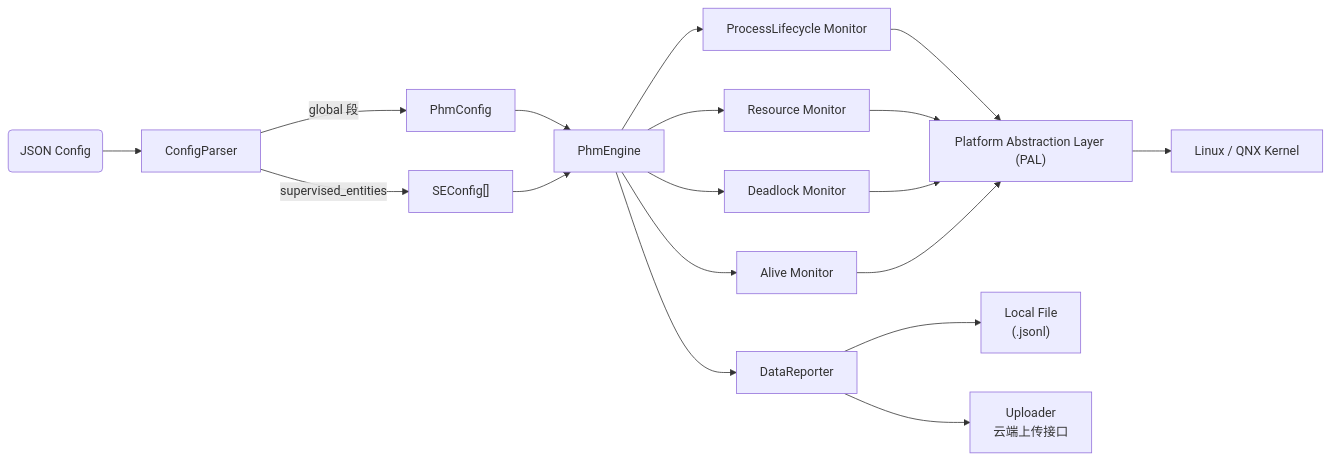
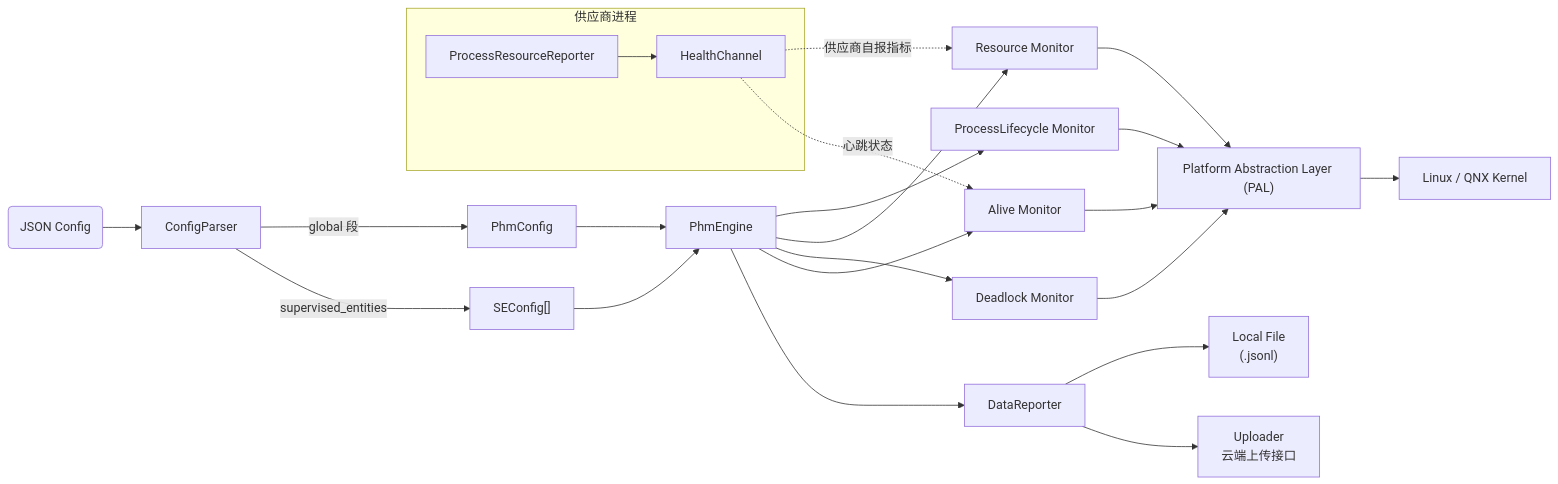
One commit to DustEater/phm changed the third of 7 diagrams in doc/spec.md. Above: the diagram before and after it, drawn with Mermaid. The commit also changed other lines of this file and 2 other files, not shown here.

````diff
--- a/doc/spec.md
+++ b/doc/spec.md
@@ -99,24 +105,31 @@
 ```mermaid
 flowchart LR
     CFG("JSON Config") --> CP["ConfigParser"]
     CP -->|"global 段"| GBL["PhmConfig"]
     CP -->|"supervised_entities"| SEC["SEConfig[]"]
     GBL --> PE["PhmEngine"]
     SEC --> PE
 
     PE --> PLM["ProcessLifecycle Monitor"]
     PE --> RM["Resource Monitor"]
     PE --> DM["Deadlock Monitor"]
     PE --> AM["Alive Monitor"]
 
     PLM --> PAL["Platform Abstraction Layer (PAL)"]
     RM --> PAL
     DM --> PAL
     AM --> PAL
 
     PAL --> KERNEL["Linux / QNX Kernel"]
 
+    subgraph SPROC["供应商进程"]
+        RR["ProcessResourceReporter"] --> HC["HealthChannel"]
+    end
+
+    HC -.-> |供应商自报指标| RM
+    HC -.-> |心跳状态| AM
+
     PE --> DR["DataReporter"]
     DR --> LOCAL["Local File<br/>(.jsonl)"]
     DR --> UPLOAD["Uploader<br/>云端上传接口"]
 ```
````
